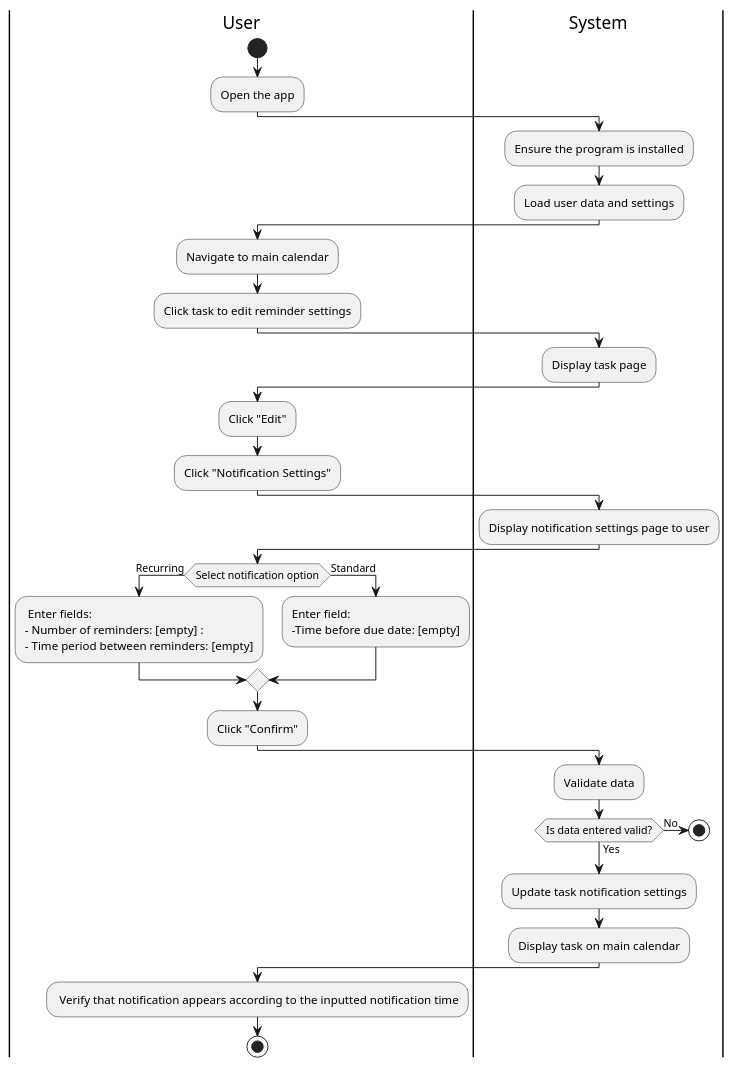
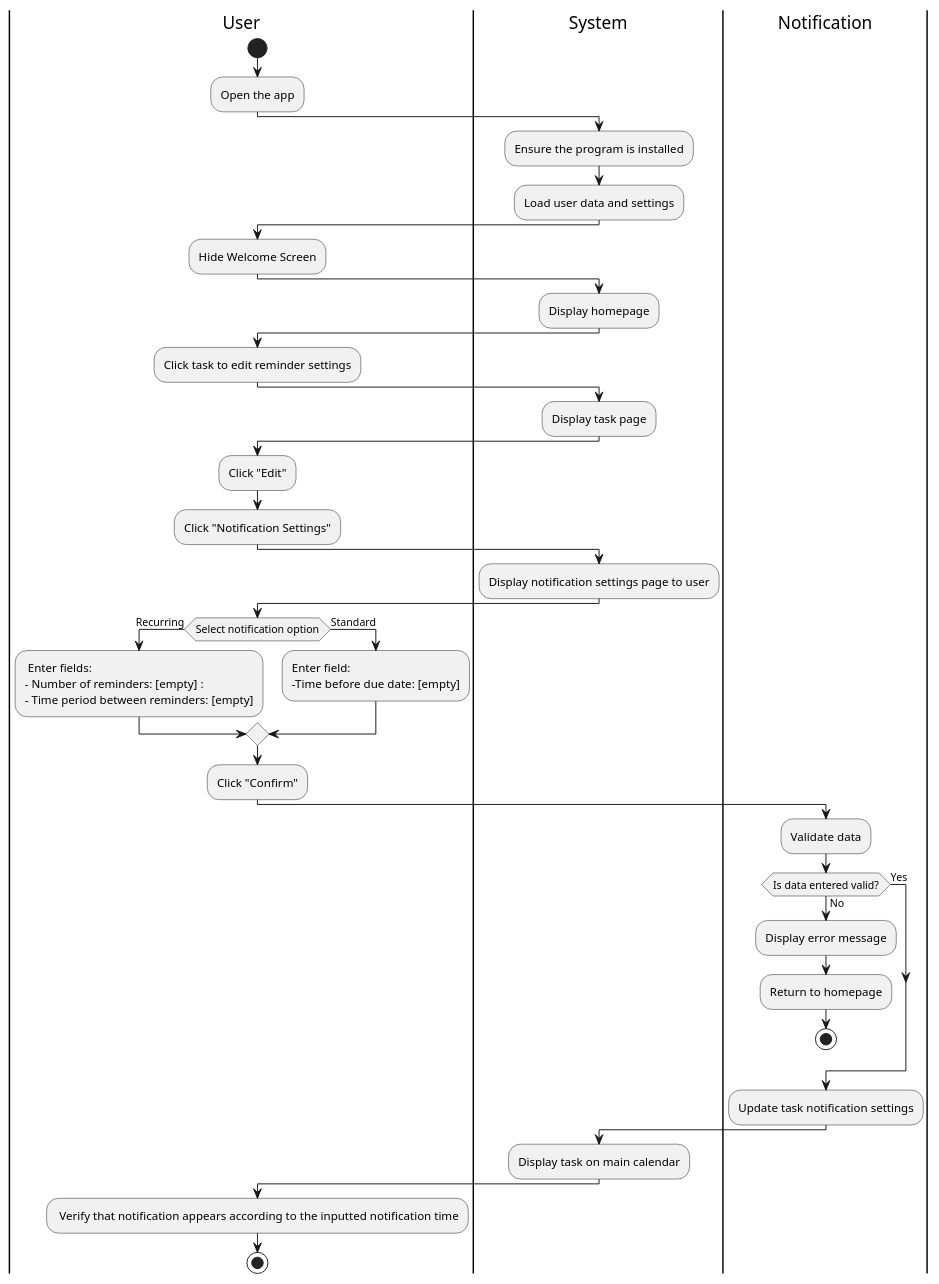
One commit to CS361-2024Fall-Term/Innovators changed the diagram in assignment7/customize_notification.puml. Above: the diagram before and after it, drawn with PlantUML.

```diff
--- a/assignment7/customize_notification.puml
+++ b/assignment7/customize_notification.puml
@@ -1,58 +1,64 @@
 @startuml
 |User|
 start
 :Open the app; 
 
 |System|
 :Ensure the program is installed;
 :Load user data and settings; 
 
+|User|
+:Hide Welcome Screen;
+
+|System|
+:Display homepage;
 
 |User|
-:Navigate to main calendar;
 :Click task to edit reminder settings;
 
 |System|
 :Display task page;
 
 |User|
 :Click "Edit";
 :Click "Notification Settings"; 
 
 |System|
 :Display notification settings page to user;
 
 
 |User|
 if (Select notification option) then (Recurring)
 : Enter fields: 
 - Number of reminders: [empty] :
 - Time period between reminders: [empty];
 
 else (Standard)
 :Enter field:
 -Time before due date: [empty]; 
 
 endif
 
 :Click "Confirm";
 
-|System|
+|Notification|
 :Validate data;
 if (Is data entered valid?) then (Yes)
 
 else (No)
+  :Display error message; 
+  :Return to homepage;
   stop
  endif
 
+:Update task notification settings; 
 
 |System|
-:Update task notification settings; 
 :Display task on main calendar;
 
 |User|
 : Verify that notification appears according to the inputted notification time; 
 
 stop
 
 @enduml
```
